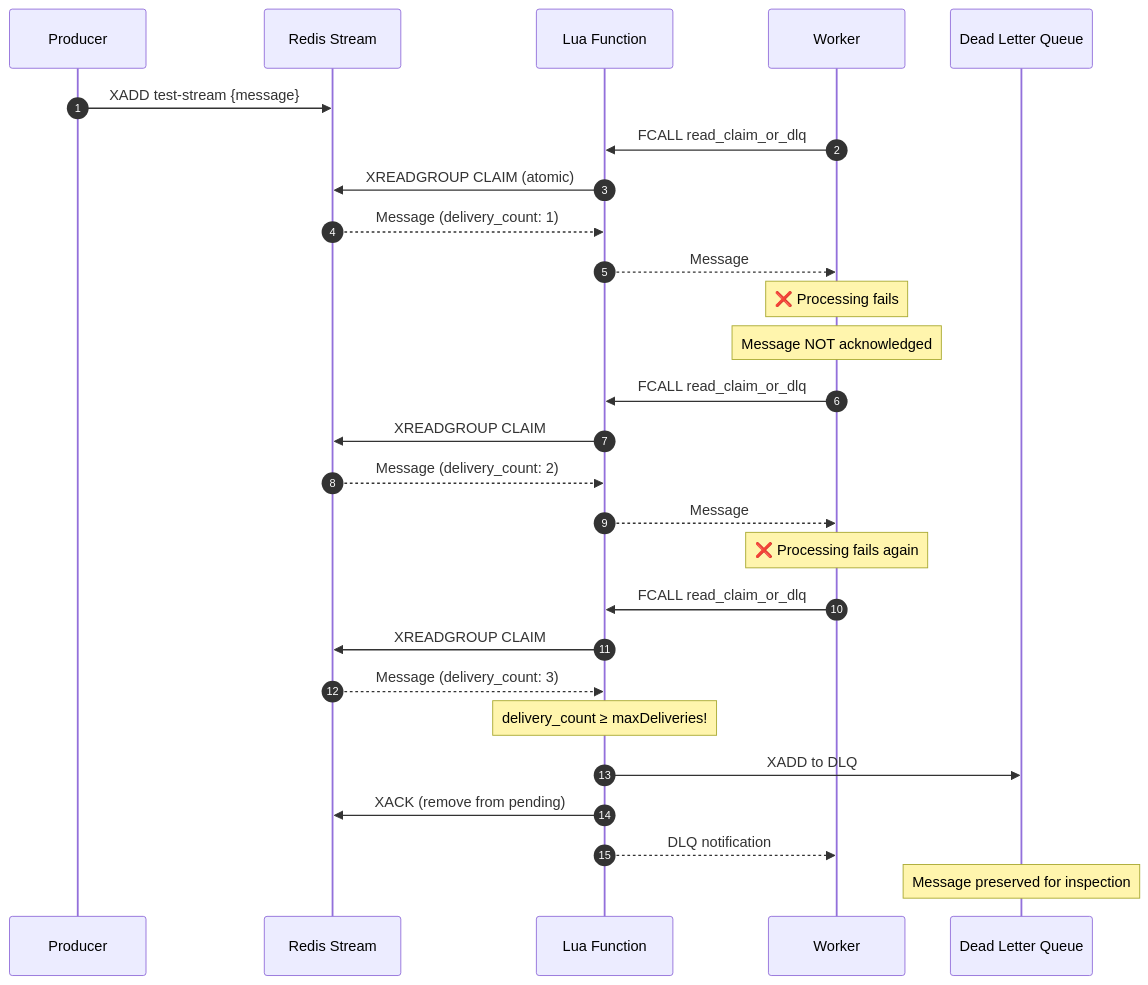
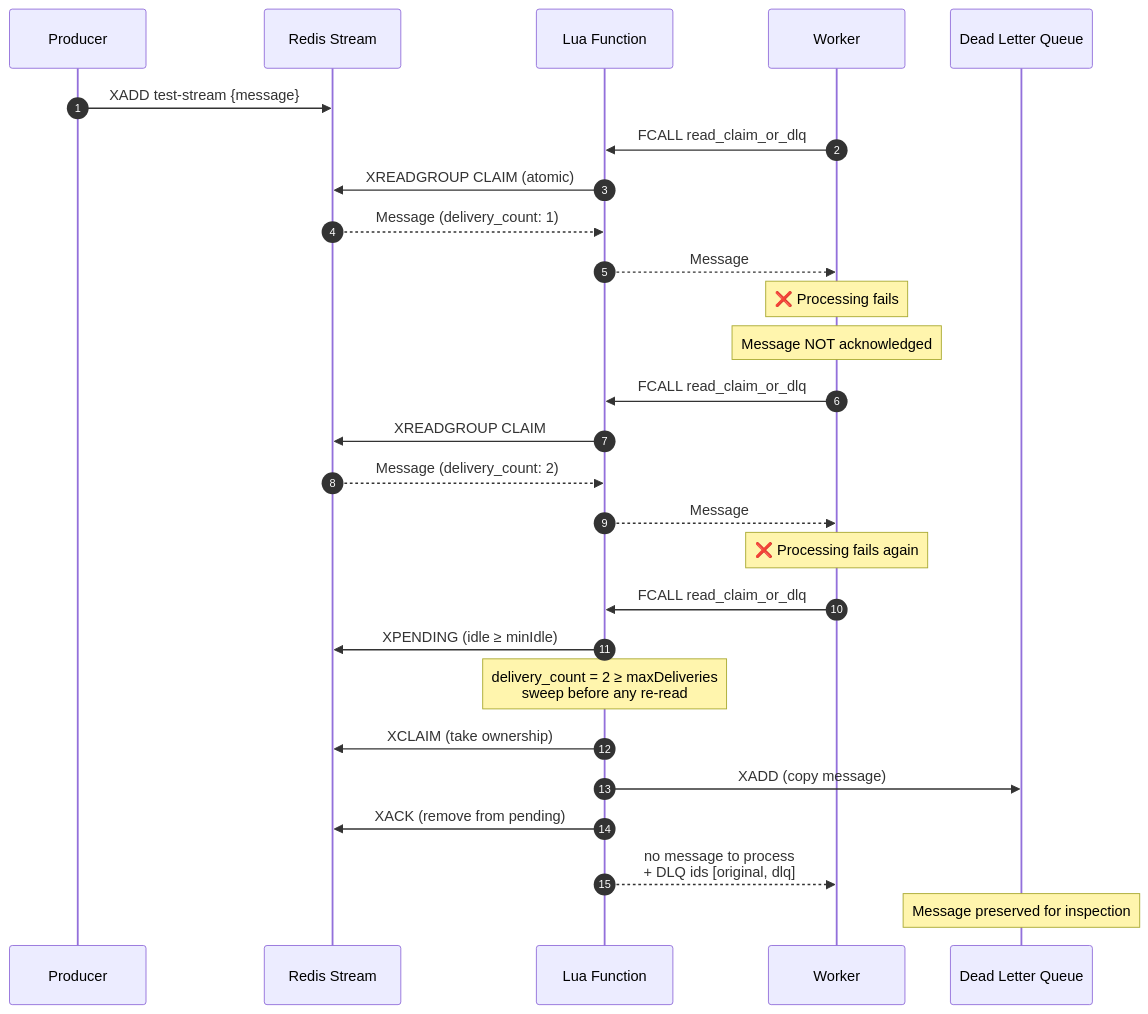
Before and after one commit to dev-mansonthomas/RedisMessagingPatternsWithJedis: the second of 3 diagrams in docs/diagrams/dlq.md, drawn with Mermaid. The commit also changed other lines of this file and 35 other files, not shown here.

````diff
--- a/docs/diagrams/dlq.md
+++ b/docs/diagrams/dlq.md
@@ -40,36 +40,36 @@
 ```mermaid
 sequenceDiagram
     autonumber
     participant P as Producer
     participant R as Redis Stream
     participant LUA as Lua Function
     participant W as Worker
     participant DLQ as Dead Letter Queue
 
     P->>R: XADD test-stream {message}
     
     W->>LUA: FCALL read_claim_or_dlq
     LUA->>R: XREADGROUP CLAIM (atomic)
     R-->>LUA: Message (delivery_count: 1)
     LUA-->>W: Message
     
     Note over W: ❌ Processing fails
     Note over W: Message NOT acknowledged
     
     W->>LUA: FCALL read_claim_or_dlq
     LUA->>R: XREADGROUP CLAIM
     R-->>LUA: Message (delivery_count: 2)
     LUA-->>W: Message
     
     Note over W: ❌ Processing fails again
     
     W->>LUA: FCALL read_claim_or_dlq
-    LUA->>R: XREADGROUP CLAIM
-    R-->>LUA: Message (delivery_count: 3)
-    Note over LUA: delivery_count ≥ maxDeliveries!
-    LUA->>DLQ: XADD to DLQ
+    LUA->>R: XPENDING (idle ≥ minIdle)
+    Note over LUA: delivery_count = 2 ≥ maxDeliveries<br/>sweep before any re-read
+    LUA->>R: XCLAIM (take ownership)
+    LUA->>DLQ: XADD (copy message)
     LUA->>R: XACK (remove from pending)
-    LUA-->>W: DLQ notification
+    LUA-->>W: no message to process<br/>+ DLQ ids [original, dlq]
     
     Note over DLQ: Message preserved for inspection
 ```
````
